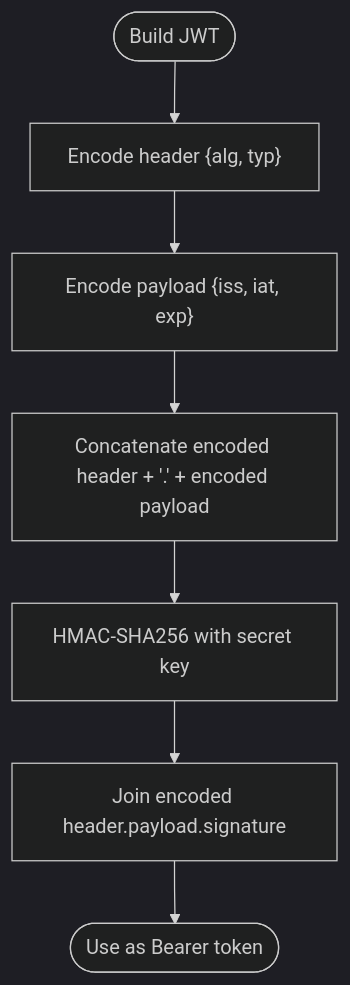
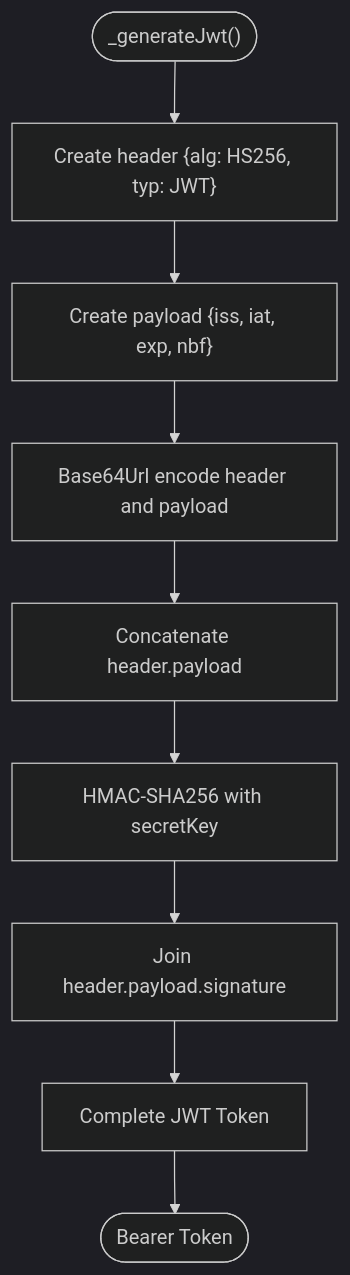
One commit to cripnail/kling_app changed the fourth of 7 diagrams in .qoder/repowiki/en/content/API Integration.md. Above: the diagram before and after it, drawn with Mermaid (dark theme). The commit also changed other lines of this file and 15 other files, not shown here.

````diff
--- a/.qoder/repowiki/en/content/API Integration.md
+++ b/.qoder/repowiki/en/content/API Integration.md
@@ -114,9 +163,11 @@
 ```mermaid
 flowchart TD
-Start(["Build JWT"]) --> Header["Encode header {alg, typ}"]
-Header --> Payload["Encode payload {iss, iat, exp}"]
-Payload --> Concat["Concatenate encoded header + '.' + encoded payload"]
-Concat --> Sign["HMAC-SHA256 with secret key"]
-Sign --> Token["Join encoded header.payload.signature"]
-Token --> End(["Use as Bearer token"])
+Start(["_generateJwt()"]) --> Header["Create header {alg: HS256, typ: JWT}"]
+Header --> Payload["Create payload {iss, iat, exp, nbf}"]
+Payload --> Encode["Base64Url encode header and payload"]
+Encode --> Concat["Concatenate header.payload"]
+Concat --> Sign["HMAC-SHA256 with secretKey"]
+Sign --> Join["Join header.payload.signature"]
+Join --> Token["Complete JWT Token"]
+Token --> End(["Bearer Token"])
 ```
````
